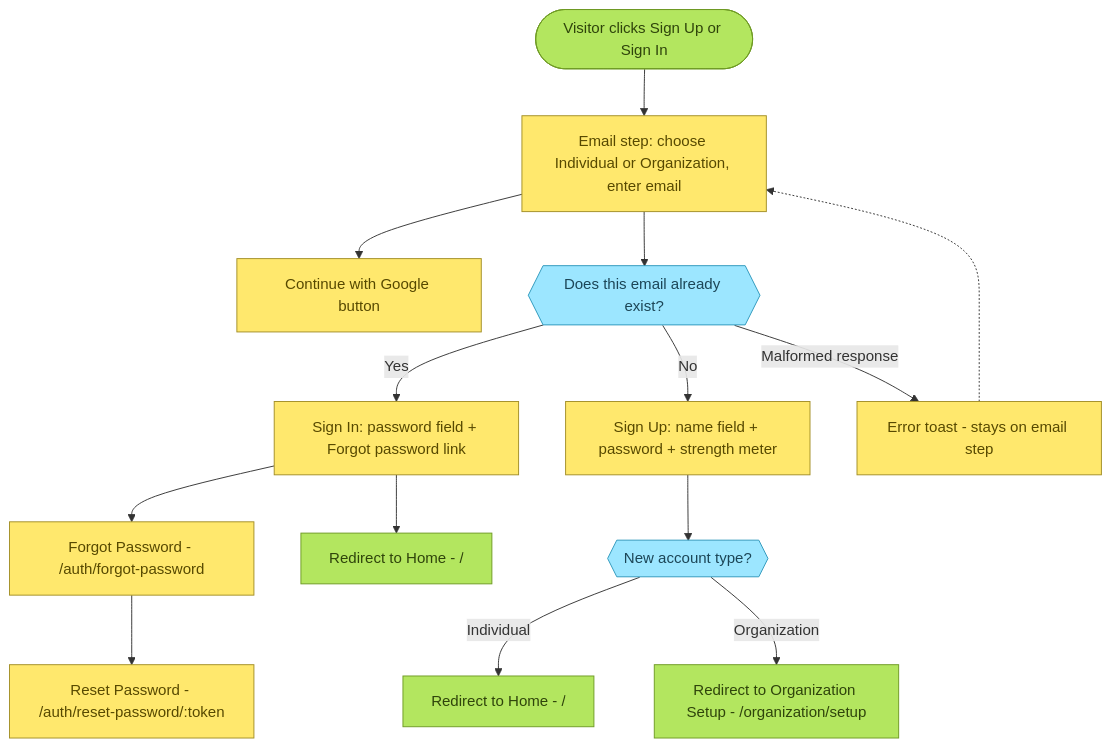
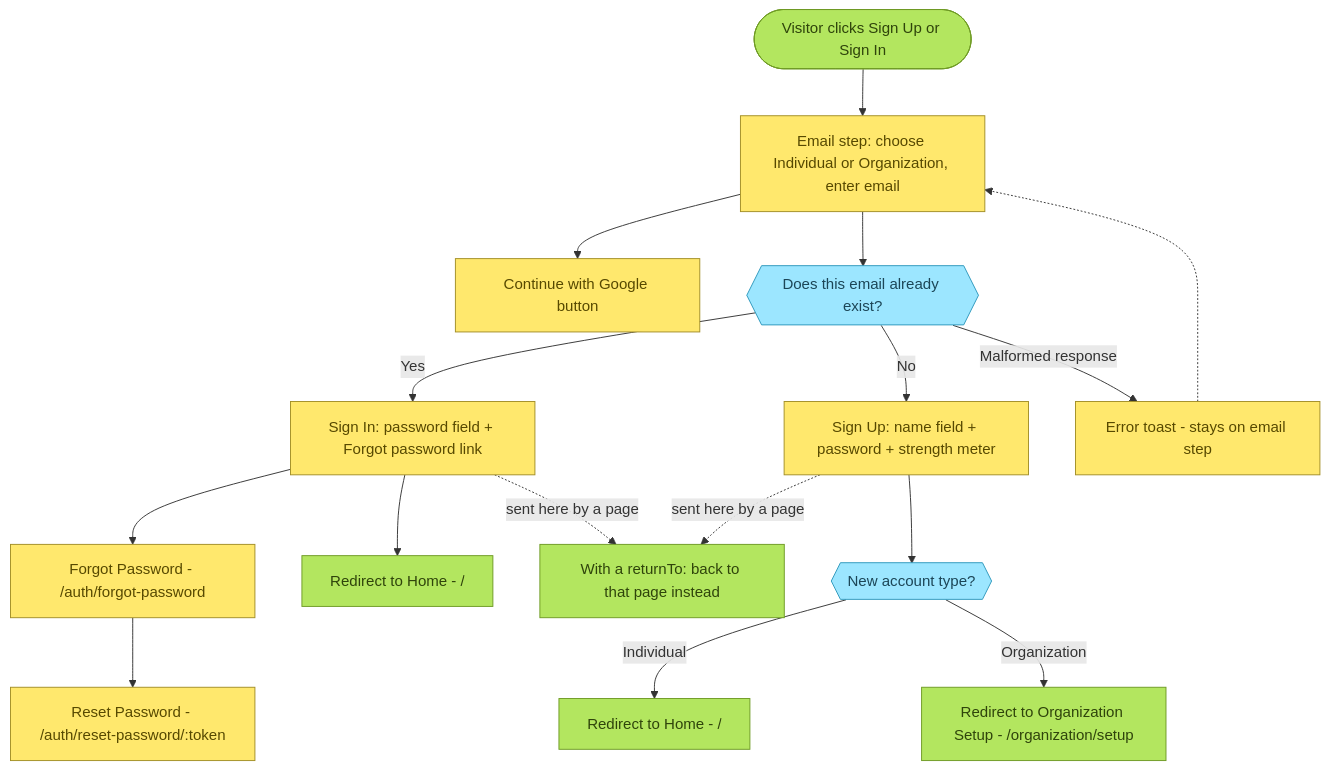
The fifth of 7 diagrams in docs/specs/user-flows.md (karmacircleCommunity/KarmaCircle), drawn with Mermaid before and after one commit. The commit also changed other lines of this file and 146 other files, not shown here.

````diff
--- a/docs/specs/user-flows.md
+++ b/docs/specs/user-flows.md
@@ -293,34 +291,37 @@
 ```mermaid
 flowchart TD
     classDef general fill:#FFE86D,stroke:#A28E26,color:#574900
     classDef decision fill:#9CE6FF,stroke:#2C97BB,color:#1C4657
     classDef terminator fill:#B3E65F,stroke:#6E9A24,color:#2F440B
 
     a_start(["Visitor clicks Sign Up or Sign In"]):::terminator
     a_email["Email step: choose Individual or Organization, enter email"]:::general
     a_google["Continue with Google button"]:::general
     a_check{{"Does this email already exist?"}}:::decision
     a_error["Error toast - stays on email step"]:::general
     a_signin["Sign In: password field + Forgot password link"]:::general
     a_signup["Sign Up: name field + password + strength meter"]:::general
     a_forgot["Forgot Password - /auth/forgot-password"]:::general
     a_reset["Reset Password - /auth/reset-password/:token"]:::general
     a_newtype{{"New account type?"}}:::decision
     a_individual_ok["Redirect to Home - /"]:::terminator
     a_org_setup["Redirect to Organization Setup - /organization/setup"]:::terminator
     a_signin_ok["Redirect to Home - /"]:::terminator
+    a_return["With a returnTo: back to that page instead"]:::terminator
 
     a_start --> a_email
     a_email --> a_google
     a_email --> a_check
     a_check -->|"Yes"| a_signin
     a_check -->|"No"| a_signup
     a_check -->|"Malformed response"| a_error
     a_error -.-> a_email
     a_signin --> a_forgot
     a_forgot --> a_reset
     a_signin --> a_signin_ok
+    a_signin -.->|"sent here by a page"| a_return
+    a_signup -.->|"sent here by a page"| a_return
     a_signup --> a_newtype
     a_newtype -->|"Individual"| a_individual_ok
     a_newtype -->|"Organization"| a_org_setup
 ```
````
